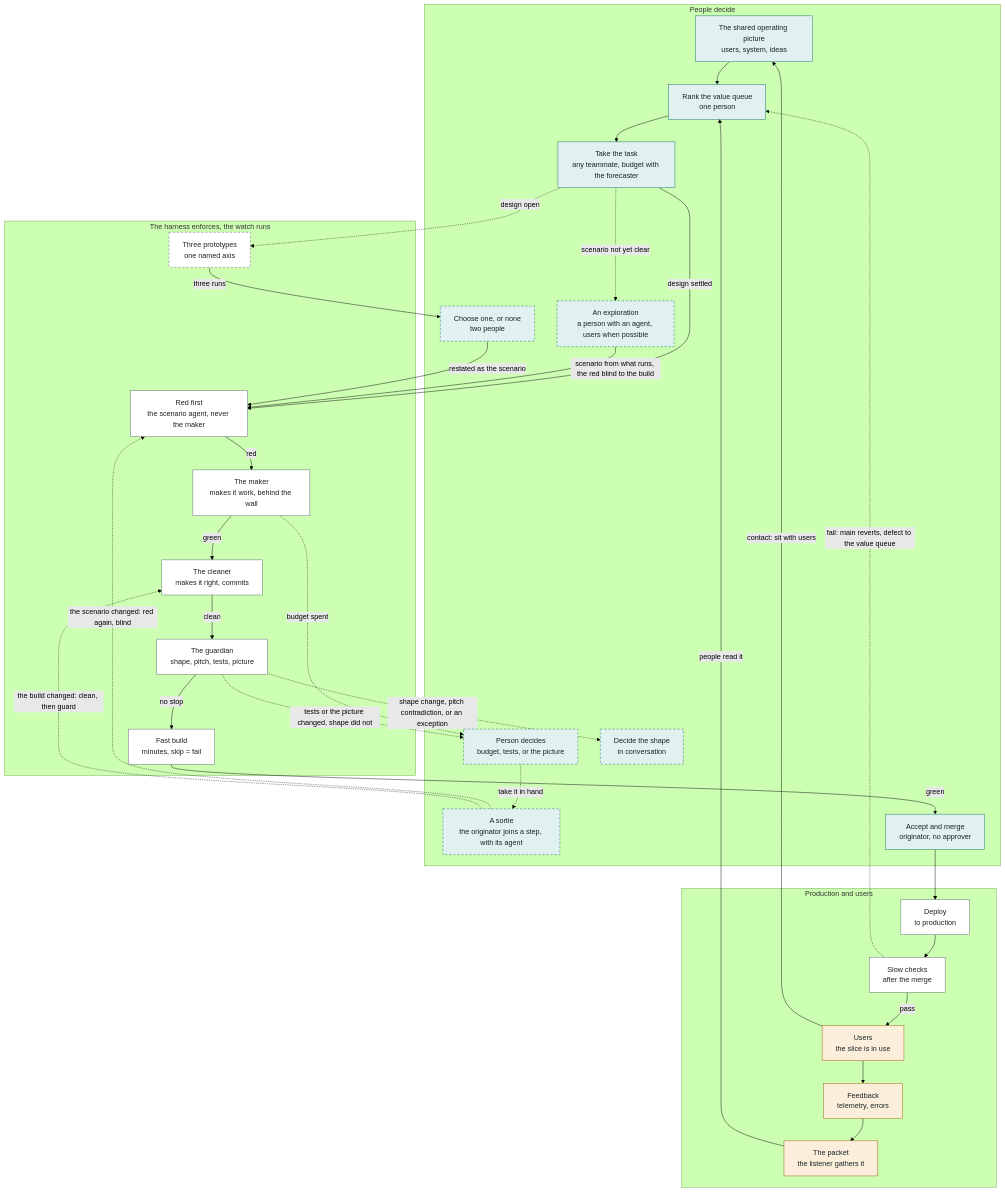
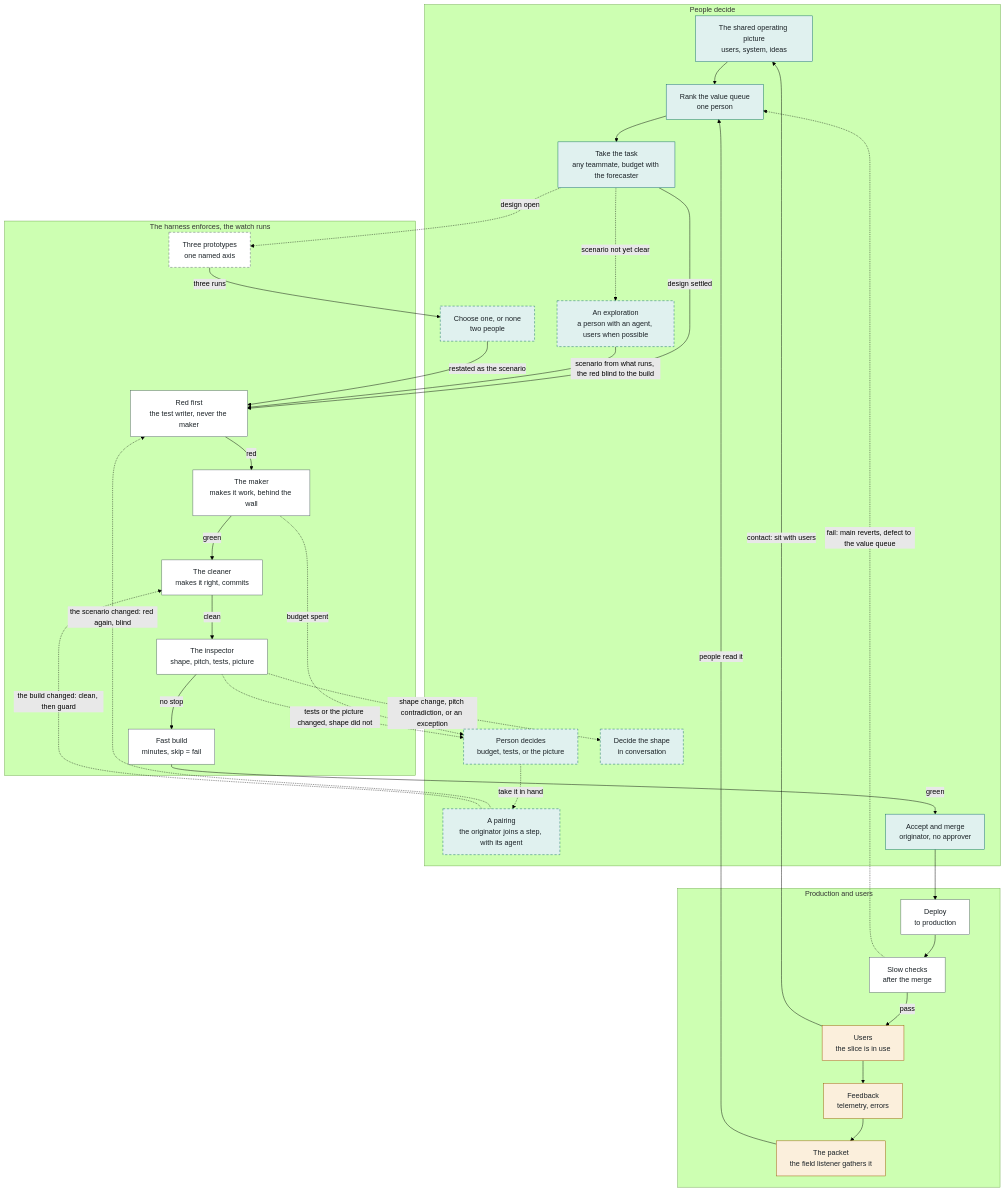
Before and after one commit to seanpk/xtremevibing.com: the diagram in loop.md, drawn with Mermaid (forest theme). The commit also changed other lines of this file and 3 other files, not shown here.

````diff
--- a/loop.md
+++ b/loop.md
@@ -56,66 +56,66 @@
 ```mermaid
 flowchart TB
   subgraph People["People decide"]
     picture["The shared operating picture<br/>users, system, ideas"]
     rank["Rank the value queue<br/>one person"]
     take["Take the task<br/>any teammate, budget with the forecaster"]
     explore["An exploration<br/>a person with an agent, users when possible"]
     choose["Choose one, or none<br/>two people"]
     decide["Person decides<br/>budget, tests, or the picture"]
-    sortie["A sortie<br/>the originator joins a step, with its agent"]
+    pairing["A pairing<br/>the originator joins a step, with its agent"]
     shape["Decide the shape<br/>in conversation"]
     merge["Accept and merge<br/>originator, no approver"]
   end
 
   subgraph Harness["The harness enforces, the watch runs"]
     protos["Three prototypes<br/>one named axis"]
-    red["Red first<br/>the scenario agent, never the maker"]
+    red["Red first<br/>the test writer, never the maker"]
     maker["The maker<br/>makes it work, behind the wall"]
     cleaner["The cleaner<br/>makes it right, commits"]
-    guardian["The guardian<br/>shape, pitch, tests, picture"]
+    inspector["The inspector<br/>shape, pitch, tests, picture"]
     build["Fast build<br/>minutes, skip = fail"]
   end
 
   subgraph Use["Production and users"]
     deploy["Deploy<br/>to production"]
     slow["Slow checks<br/>after the merge"]
     users["Users<br/>the slice is in use"]
     feedback["Feedback<br/>telemetry, errors"]
-    packet["The packet<br/>the listener gathers it"]
+    packet["The packet<br/>the field listener gathers it"]
   end
 
   picture --> rank --> take
   take -- "design settled" --> red
   take -. "design open" .-> protos
   take -. "scenario not yet clear" .-> explore
   explore -- "scenario from what runs, the red blind to the build" --> red
   protos -- "three runs" --> choose
   choose -- "restated as the scenario" --> red
   red -- "red" --> maker
   maker -- "green" --> cleaner
-  cleaner -- "clean" --> guardian
-  guardian -- "no stop" --> build
+  cleaner -- "clean" --> inspector
+  inspector -- "no stop" --> build
   build -- "green" --> merge
   merge --> deploy --> slow
   slow -- "pass" --> users
   slow -. "fail: main reverts, defect to the value queue" .-> rank
   users --> feedback
   feedback --> packet
   packet -- "people read it" --> rank
   users -- "contact: sit with users" --> picture
   maker -. "budget spent" .-> decide
-  guardian -. "tests or the picture changed, shape did not" .-> decide
-  guardian -. "shape change, pitch contradiction, or an exception" .-> shape
-  decide -. "take it in hand" .-> sortie
-  sortie -. "the scenario changed: red again, blind" .-> red
-  sortie -. "the build changed: clean, then guard" .-> cleaner
+  inspector -. "tests or the picture changed, shape did not" .-> decide
+  inspector -. "shape change, pitch contradiction, or an exception" .-> shape
+  decide -. "take it in hand" .-> pairing
+  pairing -. "the scenario changed: red again, blind" .-> red
+  pairing -. "the build changed: clean, then guard" .-> cleaner
 
   classDef people fill:#e0f1ef,stroke:#0d6a66,color:#1a2126
   classDef harness fill:#ffffff,stroke:#56626b,color:#1a2126
   classDef use fill:#fbefdc,stroke:#9a5a00,color:#1a2126
   classDef cond stroke-dasharray:5 4
-  class picture,rank,take,explore,choose,decide,sortie,shape,merge people
-  class protos,red,maker,cleaner,guardian,build,deploy,slow harness
+  class picture,rank,take,explore,choose,decide,pairing,shape,merge people
+  class protos,red,maker,cleaner,inspector,build,deploy,slow harness
   class users,feedback,packet use
-  class choose,decide,sortie,shape,protos,explore cond
+  class choose,decide,pairing,shape,protos,explore cond
 ```
````
